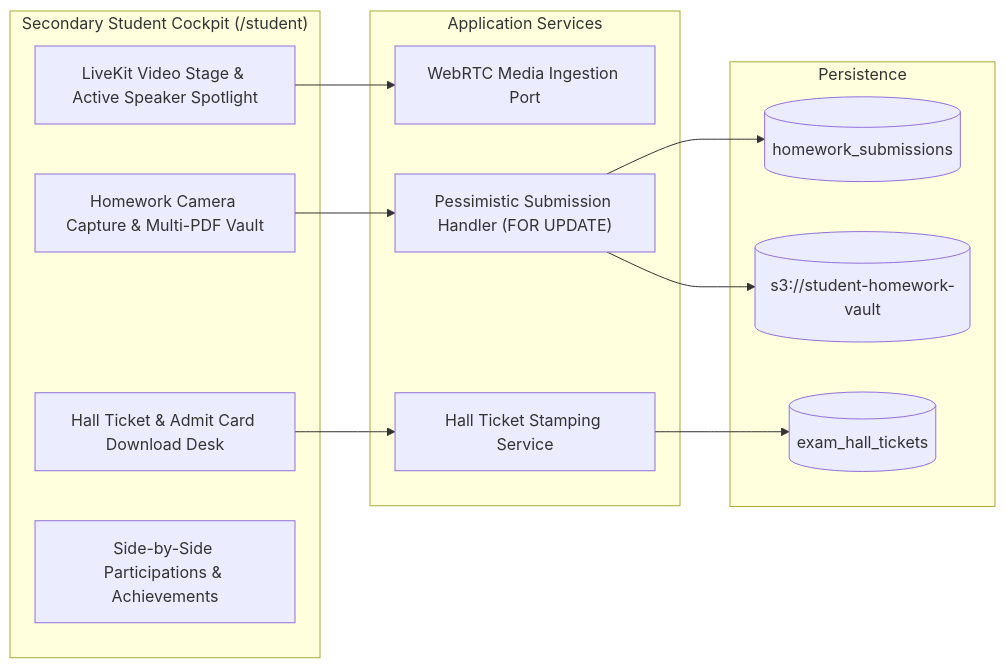
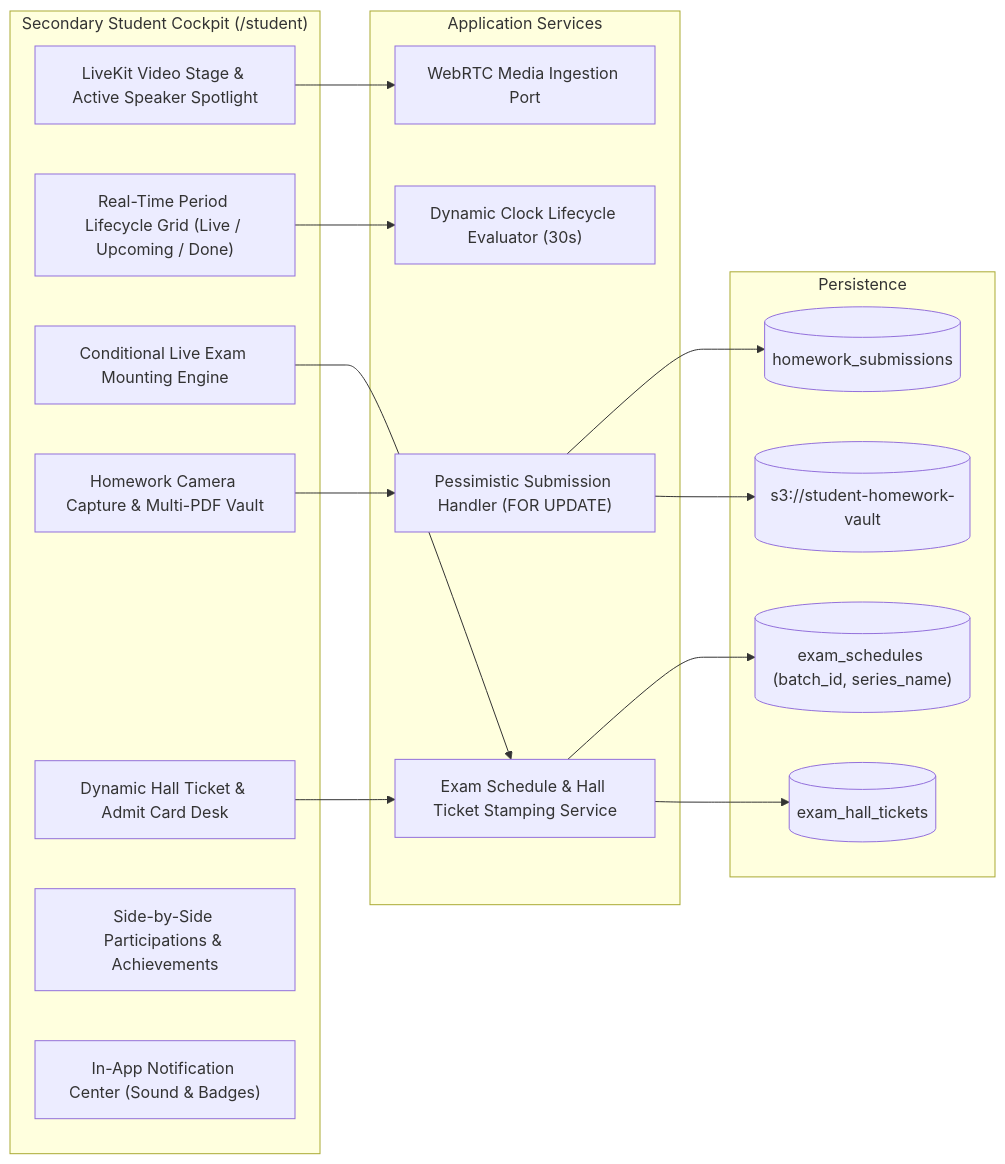
One commit to DiradzProducts/EDU360 changed the fifth of 19 diagrams in docs/architecture/ROLE_WISE_ARCHITECTURE_AND_WORKFLOWS.md. Above: the diagram before and after it, drawn with Mermaid. The commit also changed other lines of this file and 6 other files, not shown here.

Commit message:
docs(architecture): synchronize role-wise workflows with payroll LOP, batch exam schedules, and clock engine (v8.5)

````diff
--- a/docs/architecture/ROLE_WISE_ARCHITECTURE_AND_WORKFLOWS.md
+++ b/docs/architecture/ROLE_WISE_ARCHITECTURE_AND_WORKFLOWS.md
@@ -193,26 +223,33 @@
 ```mermaid
 graph LR
     subgraph StudentUI ["Secondary Student Cockpit (/student)"]
         UI_STAGE["LiveKit Video Stage & Active Speaker Spotlight"]
+        UI_DYNAMIC_PERIODS["Real-Time Period Lifecycle Grid (Live / Upcoming / Done)"]
+        UI_COND_EXAM["Conditional Live Exam Mounting Engine"]
         UI_VAULT["Homework Camera Capture & Multi-PDF Vault"]
-        UI_HALL["Hall Ticket & Admit Card Download Desk"]
+        UI_HALL["Dynamic Hall Ticket & Admit Card Desk"]
         UI_PORTFOLIO["Side-by-Side Participations & Achievements"]
+        UI_NOTIF["In-App Notification Center (Sound & Badges)"]
     end
 
     subgraph StudentPorts ["Application Services"]
         MEDIA_CONSUMER["WebRTC Media Ingestion Port"]
+        TIMETABLE_TICKER["Dynamic Clock Lifecycle Evaluator (30s)"]
         VAULT_LOCKER["Pessimistic Submission Handler (FOR UPDATE)"]
-        TICKET_GEN["Hall Ticket Stamping Service"]
+        EXAM_DISPATCHER["Exam Schedule & Hall Ticket Stamping Service"]
     end
 
     subgraph StudentStorage ["Persistence"]
         DB_STU_SUB[("homework_submissions")]
+        DB_EXAM_SCHED[("exam_schedules (batch_id, series_name)")]
         DB_HALL_TICKETS[("exam_hall_tickets")]
         S3_HOMEWORK[("s3://student-homework-vault")]
     end
 
     UI_STAGE --> MEDIA_CONSUMER
+    UI_DYNAMIC_PERIODS --> TIMETABLE_TICKER
+    UI_COND_EXAM --> EXAM_DISPATCHER --> DB_EXAM_SCHED
     UI_VAULT --> VAULT_LOCKER --> DB_STU_SUB
     VAULT_LOCKER --> S3_HOMEWORK
-    UI_HALL --> TICKET_GEN --> DB_HALL_TICKETS
+    UI_HALL --> EXAM_DISPATCHER --> DB_HALL_TICKETS
 ```
````
